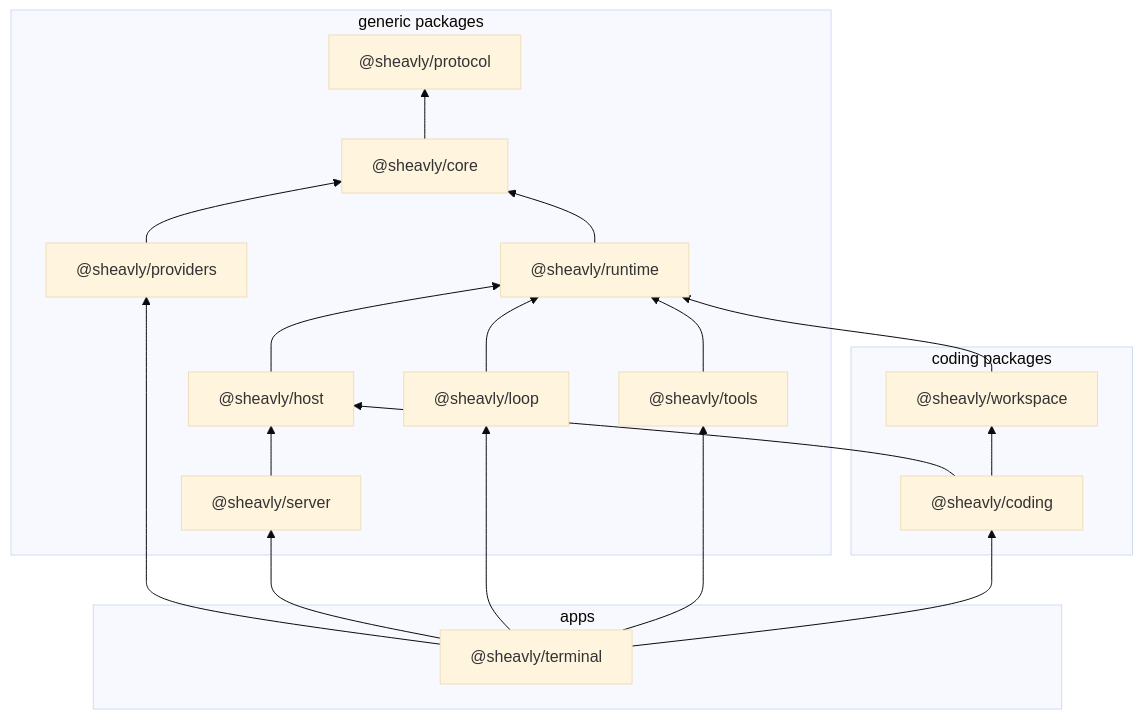
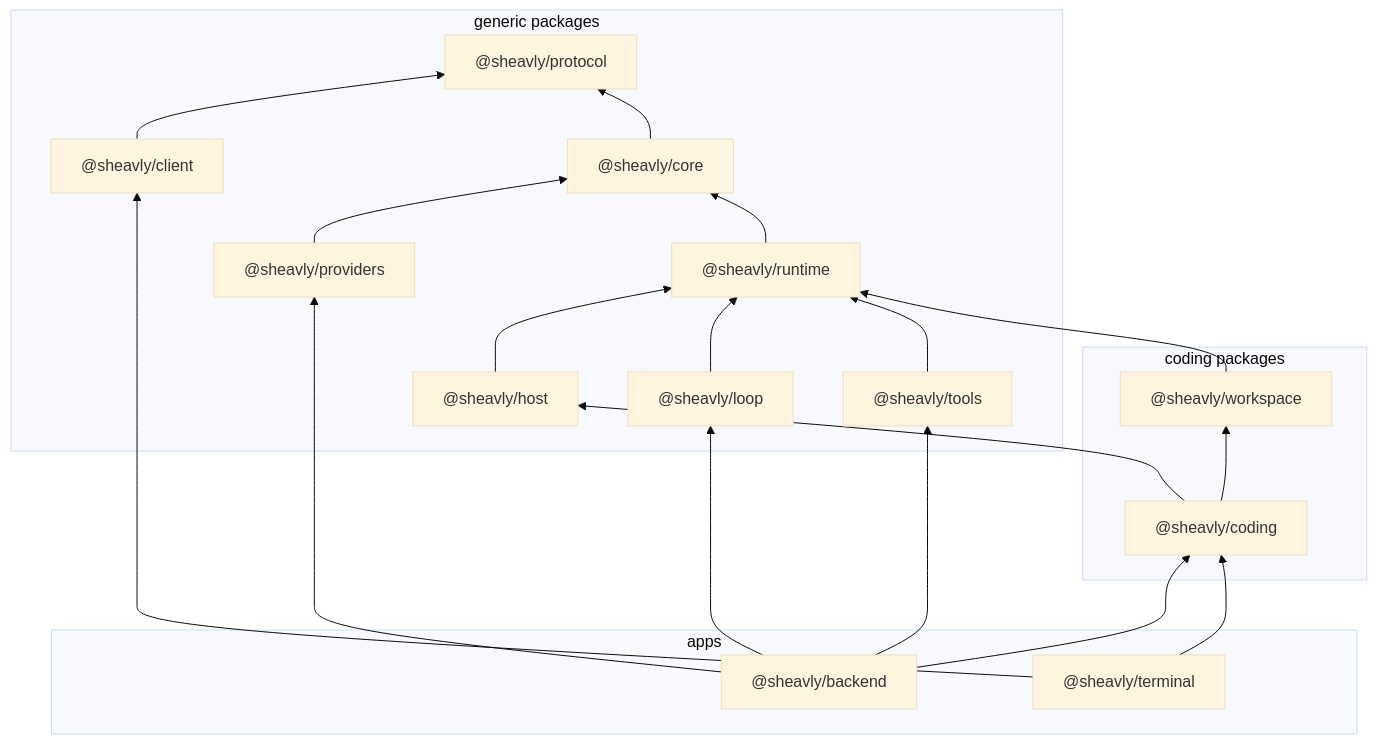
The diagram in docs/overview.md (Sheavly/code), drawn with Mermaid (base theme) before and after one commit. The commit also changed other lines of this file and 174 other files, not shown here.

First line of the commit message:
feat(backend): run the harness as a backend, the terminal its client (#142)

````diff
--- a/docs/overview.md
+++ b/docs/overview.md
@@ -35,35 +35,37 @@
 ```mermaid
 flowchart BT
   subgraph group_generic ["generic packages"]
+    client["@sheavly/client"]
     core["@sheavly/core"]
     host["@sheavly/host"]
     loop["@sheavly/loop"]
     protocol["@sheavly/protocol"]
     providers["@sheavly/providers"]
     runtime["@sheavly/runtime"]
-    server["@sheavly/server"]
     tools["@sheavly/tools"]
   end
   subgraph group_coding ["coding packages"]
     coding["@sheavly/coding"]
     workspace["@sheavly/workspace"]
   end
   subgraph group_apps ["apps"]
+    backend["@sheavly/backend"]
     terminal["@sheavly/terminal"]
   end
+  backend --> coding
+  backend --> loop
+  backend --> providers
+  backend --> tools
+  client --> protocol
   coding --> host
   coding --> workspace
   core --> protocol
   host --> runtime
   loop --> runtime
   providers --> core
   runtime --> core
-  server --> host
+  terminal --> client
   terminal --> coding
-  terminal --> loop
-  terminal --> providers
-  terminal --> server
-  terminal --> tools
   tools --> runtime
   workspace --> runtime
 ```
````
